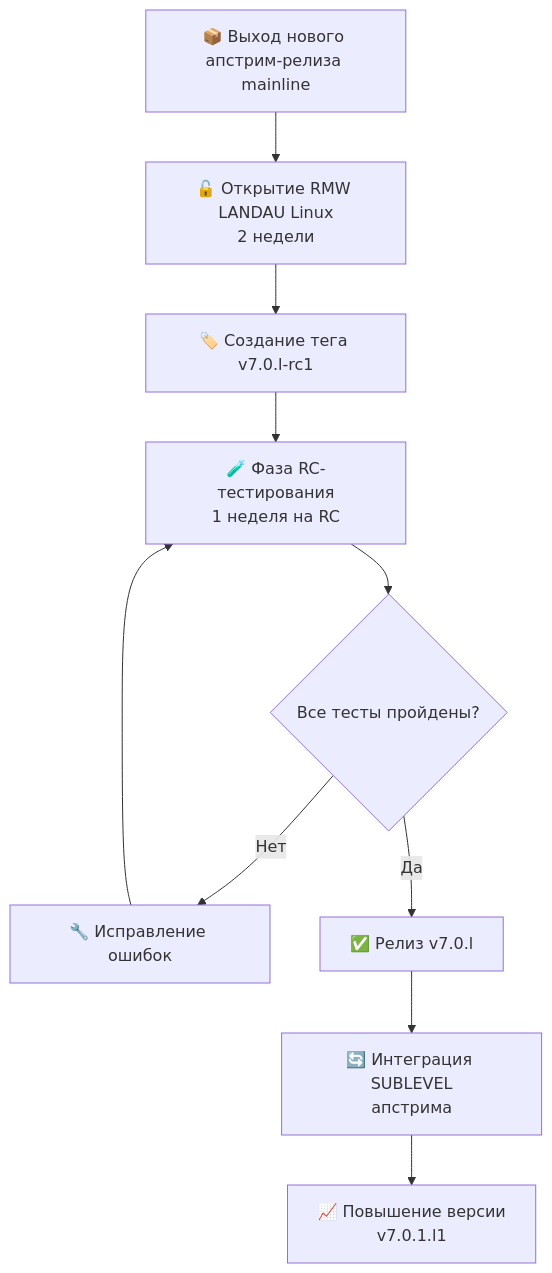
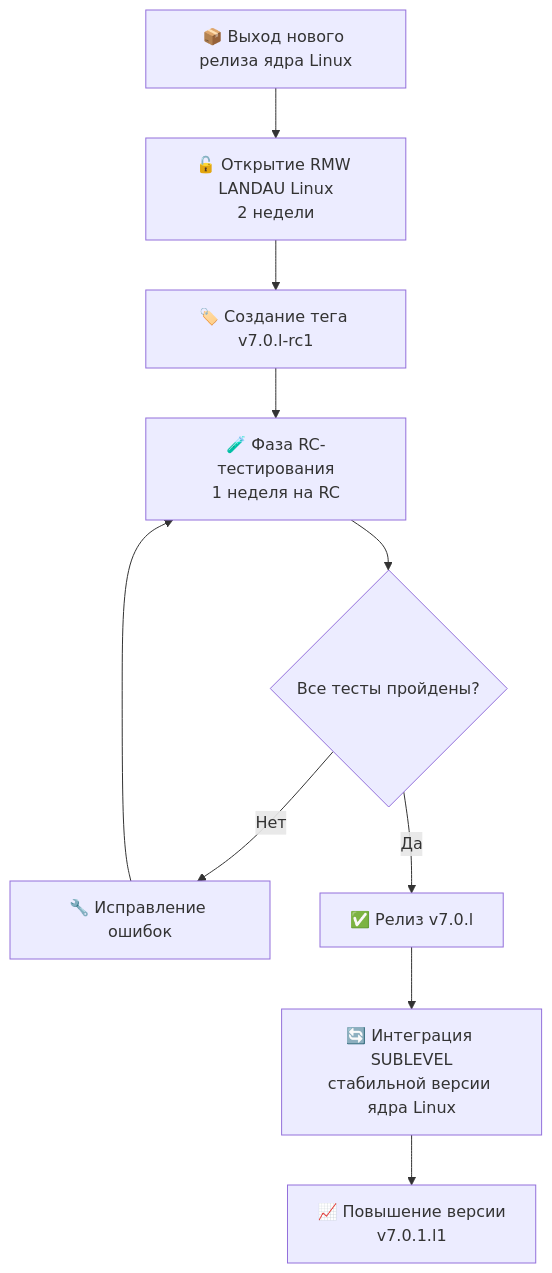
The second of 3 diagrams in landau-linux/maintenance.md (rulkc/landau), drawn with Mermaid before and after one commit. The commit also changed other lines of this file, not shown here.

First line of the commit message:
landau-linux: maintenance: Drop 'upstream/mainline' English-ism from text

````diff
--- a/landau-linux/maintenance.md
+++ b/landau-linux/maintenance.md
@@ -122,12 +124,12 @@
 ```mermaid
 flowchart TD
-    A[📦 Выход нового апстрим-релиза mainline] --> B[🔓 Открытие RMW LANDAU Linux<br>2 недели]
+    A[📦 Выход нового релиза ядра Linux] --> B[🔓 Открытие RMW LANDAU Linux<br>2 недели]
     B --> C[🏷️ Создание тега v7.0.l-rc1]
     C --> D[🧪 Фаза RC-тестирования<br>1 неделя на RC]
     D --> E{Все тесты пройдены?}
     E -->|Нет| F[🔧 Исправление ошибок]
     F --> D
     E -->|Да| G[✅ Релиз v7.0.l]
-    G --> H[🔄 Интеграция SUBLEVEL<br>апстрима]
+    G --> H[🔄 Интеграция SUBLEVEL<br>стабильной версии ядра Linux]
     H --> I[📈 Повышение версии<br>v7.0.1.l1]
 ```
````
